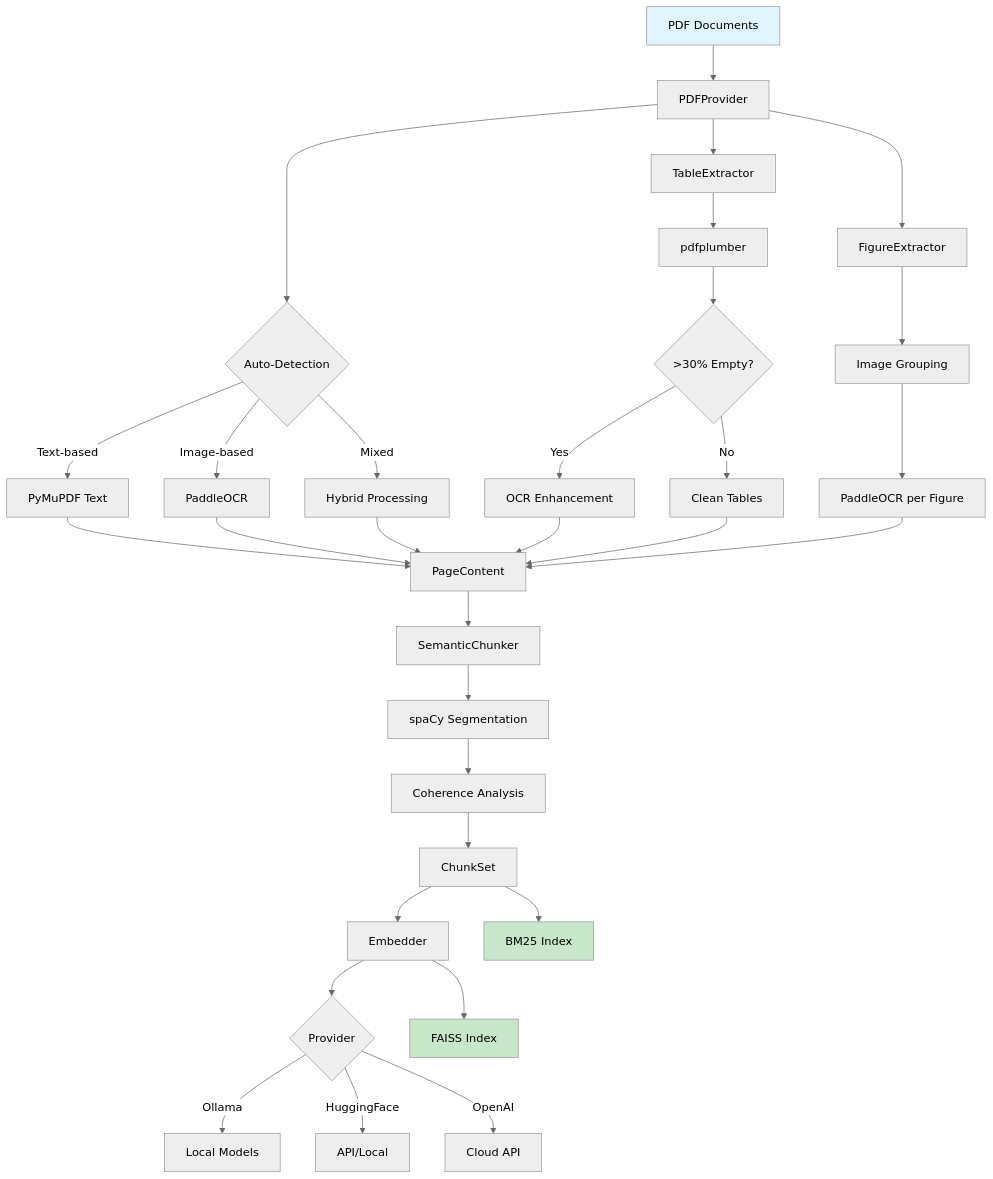
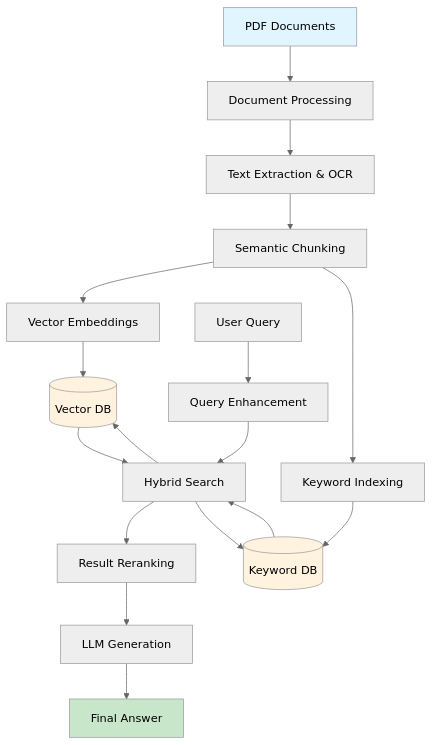
The first of 5 diagrams in README.md (Flowerf19/RAG), drawn with Mermaid (neutral theme) before and after one commit. The commit also changed other lines of this file, not shown here.

````diff
--- a/README.md
+++ b/README.md
@@ -91,43 +69,28 @@
 ```mermaid
 graph TD
-    A[PDF Documents] --> B[PDFProvider]
-    B --> C{Auto-Detection}
-    C -->|Text-based| D[PyMuPDF Text]
-    C -->|Image-based| E[PaddleOCR]
-    C -->|Mixed| F[Hybrid Processing]
+    A[PDF Documents] --> B[Document Processing]
+    B --> C[Text Extraction & OCR]
+    C --> D[Semantic Chunking]
+    D --> E[Vector Embeddings]
+    D --> F[Keyword Indexing]
 
-    B --> G[TableExtractor]
-    G --> H[pdfplumber]
-    H --> I{>30% Empty?}
-    I -->|Yes| J[OCR Enhancement]
-    I -->|No| K[Clean Tables]
+    G[User Query] --> H[Query Enhancement]
+    H --> I[Hybrid Search]
+    I --> J[Result Reranking]
+    J --> K[LLM Generation]
 
-    B --> L[FigureExtractor]
-    L --> M[Image Grouping]
-    M --> N[PaddleOCR per Figure]
+    E --> L[(Vector DB)]
+    I --> L
+    L --> I
 
-    D --> O[PageContent]
-    E --> O
-    F --> O
-    J --> O
-    K --> O
-    N --> O
+    F --> M[(Keyword DB)]
+    I --> M
+    M --> I
 
-    O --> P[SemanticChunker]
-    P --> Q[spaCy Segmentation]
-    Q --> R[Coherence Analysis]
-    R --> S[ChunkSet]
-
-    S --> T[Embedder]
-    T --> U{Provider}
-    U -->|Ollama| V[Local Models]
-    U -->|HuggingFace| W[API/Local]
-    U -->|OpenAI| X[Cloud API]
-
-    T --> Y[FAISS Index]
-    S --> Z[BM25 Index]
+    K --> N[Final Answer]
 
     style A fill:#e1f5fe
-    style Y fill:#c8e6c9
-    style Z fill:#c8e6c9
+    style N fill:#c8e6c9
+    style L fill:#fff3e0
+    style M fill:#fff3e0
 ```
````
